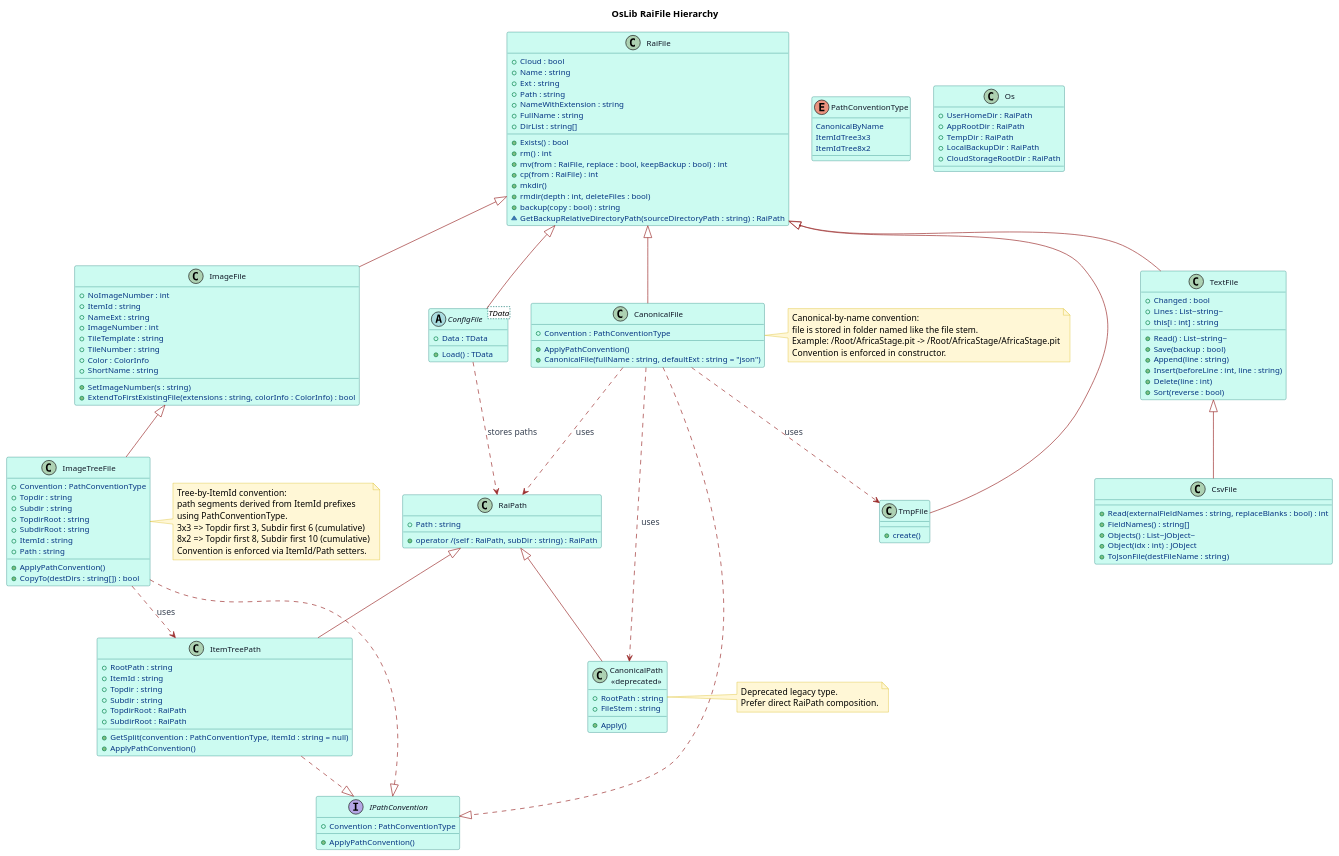
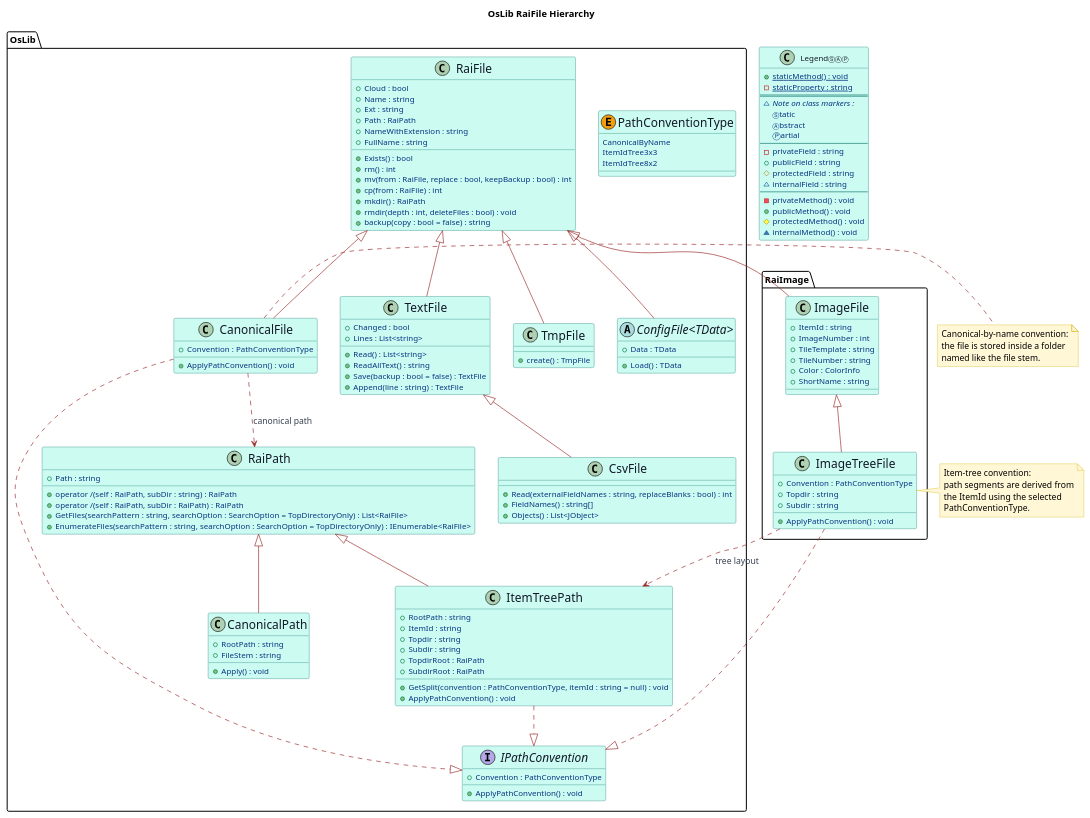
One commit to Burkhardt/OsLib changed the diagram in RaiFile-Hierarchy.puml. Above: the diagram before and after it, drawn with PlantUML. The commit also changed 23 other files, not shown here.

```diff
--- a/RaiFile-Hierarchy.puml
+++ b/RaiFile-Hierarchy.puml
@@ -1,195 +1,188 @@
 @startuml OsLib-RaiFile-Hierarchy
 ' Release: 3.7.3
+
+title OsLib RaiFile Hierarchy
 
 skinparam backgroundColor white
 skinparam shadowing false
 skinparam DiagramFontName "Casual"
 skinparam DiagramFontSize 36
 skinparam ClassFontName "Casual"
-skinparam ClassFontSize 28
+skinparam ClassFontSize 36
 skinparam ClassAttributeIconSize 10
 skinparam ClassAttributeFontName Casual
 skinparam ClassAttributeFontColor #053583
 skinparam ClassAttributeFontWeight normal
 skinparam ClassAttributeFontSize 12
 skinparam ClassMethodFontName "Casual"
 skinparam ClassMethodFontSize 12
 skinparam ClassMethodFontWeight 500
 skinparam ClassAttributeFontStyle normal
 skinparam ClassBorderColor #0f766e
 skinparam ClassBackgroundColor #ccfbf1
 skinparam ClassFontColor #111827
 skinparam EnumBorderColor #b45309
 skinparam EnumBackgroundColor #fef3c7
 skinparam EnumFontColor #7c2d12
 skinparam NoteBackgroundColor #fff7d6
 skinparam NoteBorderColor #d4b106
 skinparam ArrowColor #9b2c2c
 skinparam ArrowFontColor #374151
 skinparam ArrowFontName "Casual"
+
 show fields
 show methods
 
-title OsLib RaiFile Hierarchy
+package "OsLib" {
+	interface "<size:18>IPathConvention</size>" as IPathConvention {
+		+Convention : PathConventionType
+		+ApplyPathConvention() : void
+	}
 
-interface IPathConvention {
-  +Convention : PathConventionType
-  +ApplyPathConvention()
+	enum "<size:18>PathConventionType</size>" as PathConventionType << (E,#f59e0b) >> {
+		CanonicalByName
+		ItemIdTree3x3
+		ItemIdTree8x2
+	}
+
+	class "<size:18>RaiPath</size>" as RaiPath {
+		+Path : string
+		+operator /(self : RaiPath, subDir : string) : RaiPath
+		+operator /(self : RaiPath, subDir : RaiPath) : RaiPath
+		+GetFiles(searchPattern : string, searchOption : SearchOption = TopDirectoryOnly) : List<RaiFile>
+		+EnumerateFiles(searchPattern : string, searchOption : SearchOption = TopDirectoryOnly) : IEnumerable<RaiFile>
+	}
+
+	class "<size:18>CanonicalPath</size>" as CanonicalPath {
+		+RootPath : string
+		+FileStem : string
+		+Apply() : void
+	}
+
+	class "<size:18>ItemTreePath</size>" as ItemTreePath {
+		+RootPath : string
+		+ItemId : string
+		+Topdir : string
+		+Subdir : string
+		+TopdirRoot : RaiPath
+		+SubdirRoot : RaiPath
+		+GetSplit(convention : PathConventionType, itemId : string = null) : void
+		+ApplyPathConvention() : void
+	}
+
+	class "<size:18>RaiFile</size>" as RaiFile {
+		+Cloud : bool
+		+Name : string
+		+Ext : string
+		+Path : RaiPath
+		+NameWithExtension : string
+		+FullName : string
+		+Exists() : bool
+		+rm() : int
+		+mv(from : RaiFile, replace : bool, keepBackup : bool) : int
+		+cp(from : RaiFile) : int
+		+mkdir() : RaiPath
+		+rmdir(depth : int, deleteFiles : bool) : void
+		+backup(copy : bool = false) : string
+	}
+
+	class "<size:18>TextFile</size>" as TextFile {
+		+Changed : bool
+		+Lines : List<string>
+		+Read() : List<string>
+		+ReadAllText() : string
+		+Save(backup : bool = false) : TextFile
+		+Append(line : string) : TextFile
+	}
+
+	class "<size:18>CsvFile</size>" as CsvFile {
+		+Read(externalFieldNames : string, replaceBlanks : bool) : int
+		+FieldNames() : string[]
+		+Objects() : List<JObject>
+	}
+
+	class "<size:18>TmpFile</size>" as TmpFile {
+		+create() : TmpFile
+	}
+
+	class "<size:18>CanonicalFile</size>" as CanonicalFile {
+		+Convention : PathConventionType
+		+ApplyPathConvention() : void
+	}
+
+	abstract class "<size:18>ConfigFile<TData></size>" as ConfigFile {
+		+Data : TData
+		+Load() : TData
+	}
 }
 
-enum PathConventionType {
-  CanonicalByName
-  ItemIdTree3x3
-  ItemIdTree8x2
+package "RaiImage" {
+	class "<size:18>ImageFile</size>" as ImageFile {
+		+ItemId : string
+		+ImageNumber : int
+		+TileTemplate : string
+		+TileNumber : string
+		+Color : ColorInfo
+		+ShortName : string
+	}
+
+	class "<size:18>ImageTreeFile</size>" as ImageTreeFile {
+		+Convention : PathConventionType
+		+Topdir : string
+		+Subdir : string
+		+ApplyPathConvention() : void
+	}
 }
 
-class RaiPath {
-  +Path : string
-  +operator /(self : RaiPath, subDir : string) : RaiPath
-}
-
-class "CanonicalPath\n<<deprecated>>" as CanonicalPath {
-  +RootPath : string
-  +FileStem : string
-  +Apply()
-}
-
-class ItemTreePath {
-  +RootPath : string
-  +ItemId : string
-  +Topdir : string
-  +Subdir : string
-  +TopdirRoot : RaiPath
-  +SubdirRoot : RaiPath
-  +GetSplit(convention : PathConventionType, itemId : string = null)
-  +ApplyPathConvention()
-}
-
-class RaiFile {
-  +Cloud : bool
-  +Name : string
-  +Ext : string
-  +Path : string
-  +NameWithExtension : string
-  +FullName : string
-  +DirList : string[]
-  +Exists() : bool
-  +rm() : int
-  +mv(from : RaiFile, replace : bool, keepBackup : bool) : int
-  +cp(from : RaiFile) : int
-  +mkdir()
-  +rmdir(depth : int, deleteFiles : bool)
-  +backup(copy : bool) : string
-  ~GetBackupRelativeDirectoryPath(sourceDirectoryPath : string) : RaiPath
-}
-
-abstract class "ConfigFile<TData>" as ConfigFile {
-  +Data : TData
-  +Load() : TData
-}
-
-class Os {
-  +UserHomeDir : RaiPath
-  +AppRootDir : RaiPath
-  +TempDir : RaiPath
-  +LocalBackupDir : RaiPath
-  +CloudStorageRootDir : RaiPath
-}
-
-class TextFile {
-  +Changed : bool
-  +Lines : List~string~
-  +this[i : int] : string
-  +Read() : List~string~
-  +Save(backup : bool)
-  +Append(line : string)
-  +Insert(beforeLine : int, line : string)
-  +Delete(line : int)
-  +Sort(reverse : bool)
-}
-
-class CsvFile {
-  +Read(externalFieldNames : string, replaceBlanks : bool) : int
-  +FieldNames() : string[]
-  +Objects() : List~JObject~
-  +Object(idx : int) : JObject
-  +ToJsonFile(destFileName : string)
-}
-
-class TmpFile {
-  +create()
-}
-
-class CanonicalFile {
-  +Convention : PathConventionType
-  +ApplyPathConvention()
-  +CanonicalFile(fullName : string, defaultExt : string = "json")
-}
-
-class ImageFile {
-  +NoImageNumber : int
-  +ItemId : string
-  +NameExt : string
-  +ImageNumber : int
-  +TileTemplate : string
-  +TileNumber : string
-  +Color : ColorInfo
-  +ShortName : string
-  +SetImageNumber(s : string)
-  +ExtendToFirstExistingFile(extensions : string, colorInfo : ColorInfo) : bool
-}
-
-class ImageTreeFile {
-  +Convention : PathConventionType
-  +ApplyPathConvention()
-  +Topdir : string
-  +Subdir : string
-  +TopdirRoot : string
-  +SubdirRoot : string
-  +ItemId : string
-  +Path : string
-  +CopyTo(destDirs : string[]) : bool
-}
-
-note right of CanonicalFile
-  Canonical-by-name convention:
-  file is stored in folder named like the file stem.
-  Example: /Root/AfricaStage.pit -> /Root/AfricaStage/AfricaStage.pit
-  Convention is enforced in constructor.
-end note
-
-note right of CanonicalPath
-  Deprecated legacy type.
-  Prefer direct RaiPath composition.
-end note
-
-note right of ImageTreeFile
-  Tree-by-ItemId convention:
-  path segments derived from ItemId prefixes
-  using PathConventionType.
-  3x3 => Topdir first 3, Subdir first 6 (cumulative)
-  8x2 => Topdir first 8, Subdir first 10 (cumulative)
-  Convention is enforced via ItemId/Path setters.
-end note
-
-CanonicalFile ..> TmpFile : uses
-CanonicalFile ..> RaiPath : uses
-CanonicalFile ..> CanonicalPath : uses
 CanonicalFile ..|> IPathConvention
 ImageTreeFile ..|> IPathConvention
 ItemTreePath ..|> IPathConvention
-ImageTreeFile ..> ItemTreePath : uses
-ConfigFile ..> RaiPath : stores paths
 
 RaiPath <|-- CanonicalPath
 RaiPath <|-- ItemTreePath
 
 RaiFile <|-- TextFile
 TextFile <|-- CsvFile
 RaiFile <|-- TmpFile
 RaiFile <|-- CanonicalFile
 RaiFile <|-- ConfigFile
 RaiFile <|-- ImageFile
 ImageFile <|-- ImageTreeFile
 
+CanonicalFile ..> RaiPath : canonical path
+ImageTreeFile ..> ItemTreePath : tree layout
+
+class "Legend<size:10>ⓈⒶⓅ</size>" as LegendSample {
+	+{static} staticMethod() : void
+	-{static} staticProperty : string
+	==
+	~<i>Note on class markers :</i>
+	<size:10>Ⓢ</size>tatic
+	<size:10>Ⓐ</size>bstract
+	Ⓟartial
+	--
+	- privateField : string
+	+ publicField : string
+	# protectedField : string
+	~ internalField : string
+	--
+	- privateMethod() : void
+	+ publicMethod() : void
+	# protectedMethod() : void
+	~ internalMethod() : void
+}
+
+note right of CanonicalFile
+	Canonical-by-name convention:
+	the file is stored inside a folder
+	named like the file stem.
+end note
+
+note right of ImageTreeFile
+	Item-tree convention:
+	path segments are derived from
+	the ItemId using the selected
+	PathConventionType.
+end note
+
 @enduml
```
